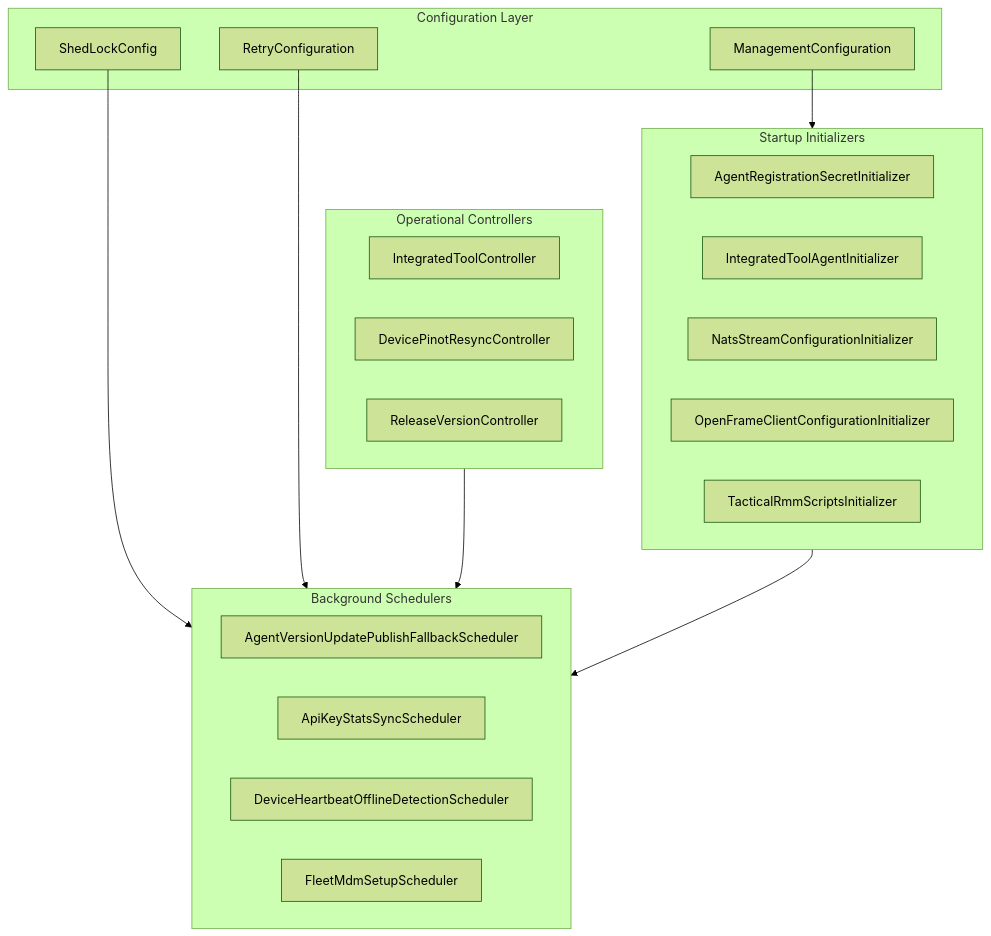
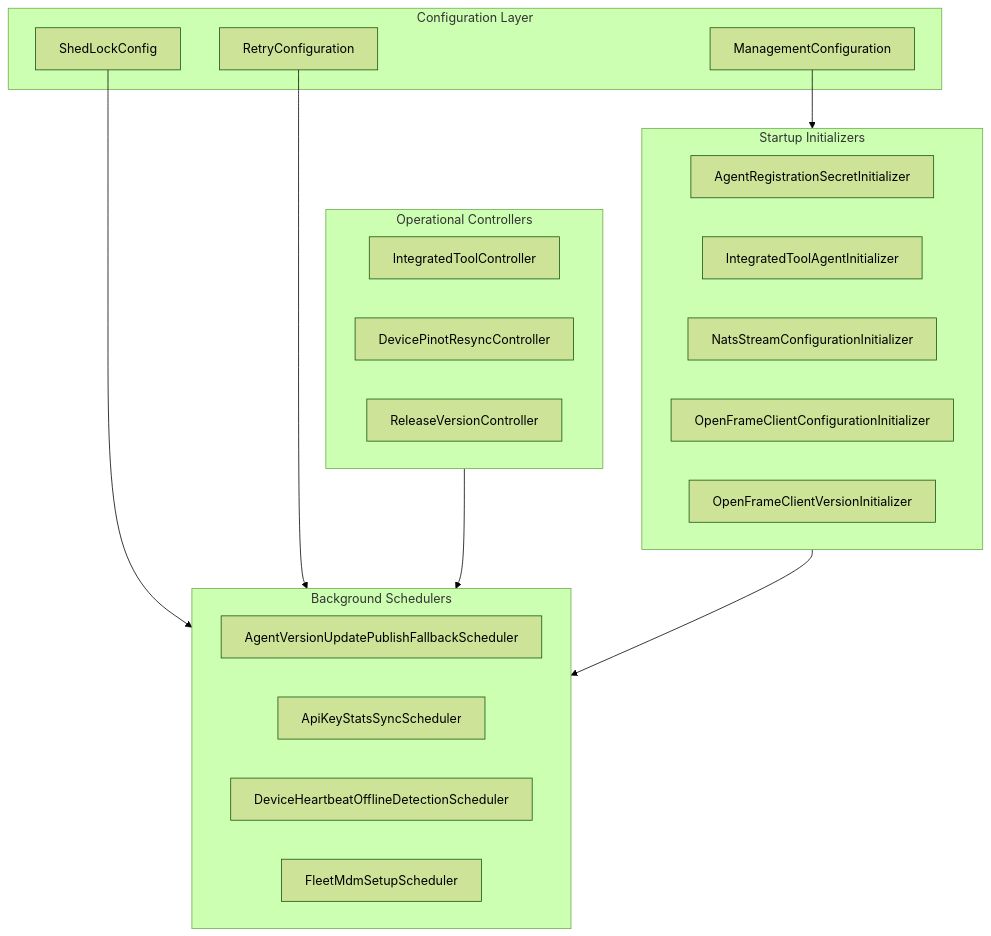
One commit to flamingo-stack/openframe-oss-lib changed the diagram in docs/diagrams/architecture/management-service-core-initializers-and-schedulers.mmd. Above: the diagram before and after it, drawn with Mermaid (forest theme). The commit also changed 15 other files, not shown here.

```diff
--- a/docs/diagrams/architecture/management-service-core-initializers-and-schedulers.mmd
+++ b/docs/diagrams/architecture/management-service-core-initializers-and-schedulers.mmd
@@ -1,33 +1,33 @@
 flowchart TD
     subgraph ConfigLayer["Configuration Layer"]
         MgmtConfig["ManagementConfiguration"]
         RetryConfig["RetryConfiguration"]
         ShedLock["ShedLockConfig"]
     end
 
     subgraph Initializers["Startup Initializers"]
         SecretInit["AgentRegistrationSecretInitializer"]
         AgentInit["IntegratedToolAgentInitializer"]
         NatsInit["NatsStreamConfigurationInitializer"]
         ClientInit["OpenFrameClientConfigurationInitializer"]
-        TacticalInit["TacticalRmmScriptsInitializer"]
+        ClientVersionInit["OpenFrameClientVersionInitializer"]
     end
 
     subgraph Schedulers["Background Schedulers"]
         VersionFallback["AgentVersionUpdatePublishFallbackScheduler"]
         ApiKeySync["ApiKeyStatsSyncScheduler"]
         Heartbeat["DeviceHeartbeatOfflineDetectionScheduler"]
         FleetMdm["FleetMdmSetupScheduler"]
     end
 
     subgraph Controllers["Operational Controllers"]
         ToolCtrl["IntegratedToolController"]
         PinotCtrl["DevicePinotResyncController"]
         ReleaseCtrl["ReleaseVersionController"]
     end
 
     MgmtConfig --> Initializers
     ShedLock --> Schedulers
     RetryConfig --> Schedulers
     Controllers --> Schedulers
     Initializers --> Schedulers
```
